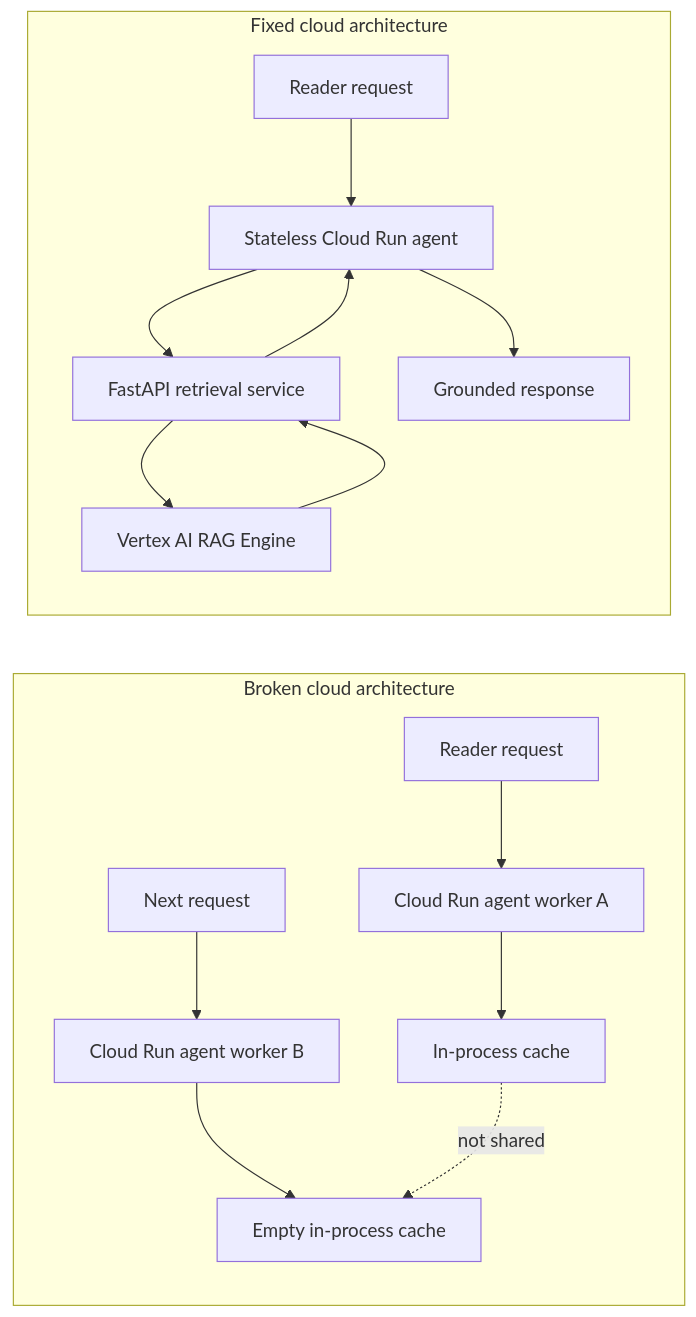
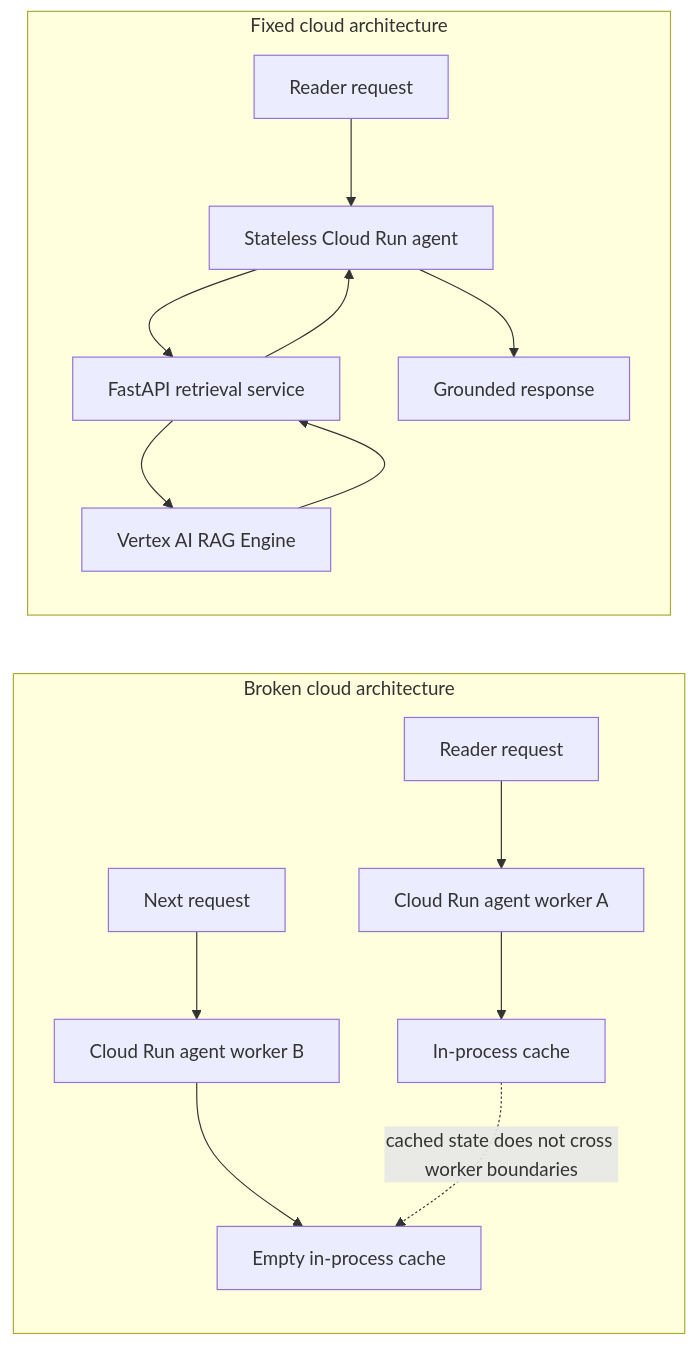
Before and after one commit to mohitagr18/ch10-cloud-agent-patterns: the diagram in workflow/07-broken-vs-fixed.md, drawn with Mermaid. The commit also changed other lines of this file, not shown here.

Commit message:
Polish workflow captions and Mermaid labels for publisher-friendly chapter figures

````diff
--- a/workflow/07-broken-vs-fixed.md
+++ b/workflow/07-broken-vs-fixed.md
@@ -12,19 +12,19 @@
 ```mermaid
 flowchart LR
     subgraph Broken[Broken cloud architecture]
         A1[Reader request] --> B1[Cloud Run agent worker A]
         B1 --> C1[In-process cache]
         D1[Next request] --> E1[Cloud Run agent worker B]
         E1 --> F1[Empty in-process cache]
-        C1 -.not shared.-> F1
+        C1 -.cached state does not cross worker boundaries.-> F1
     end
 
     subgraph Fixed[Fixed cloud architecture]
         A2[Reader request] --> B2[Stateless Cloud Run agent]
         B2 --> C2[FastAPI retrieval service]
         C2 --> D2[Vertex AI RAG Engine]
         D2 --> C2
         C2 --> B2
         B2 --> E2[Grounded response]
     end
 ```
````
